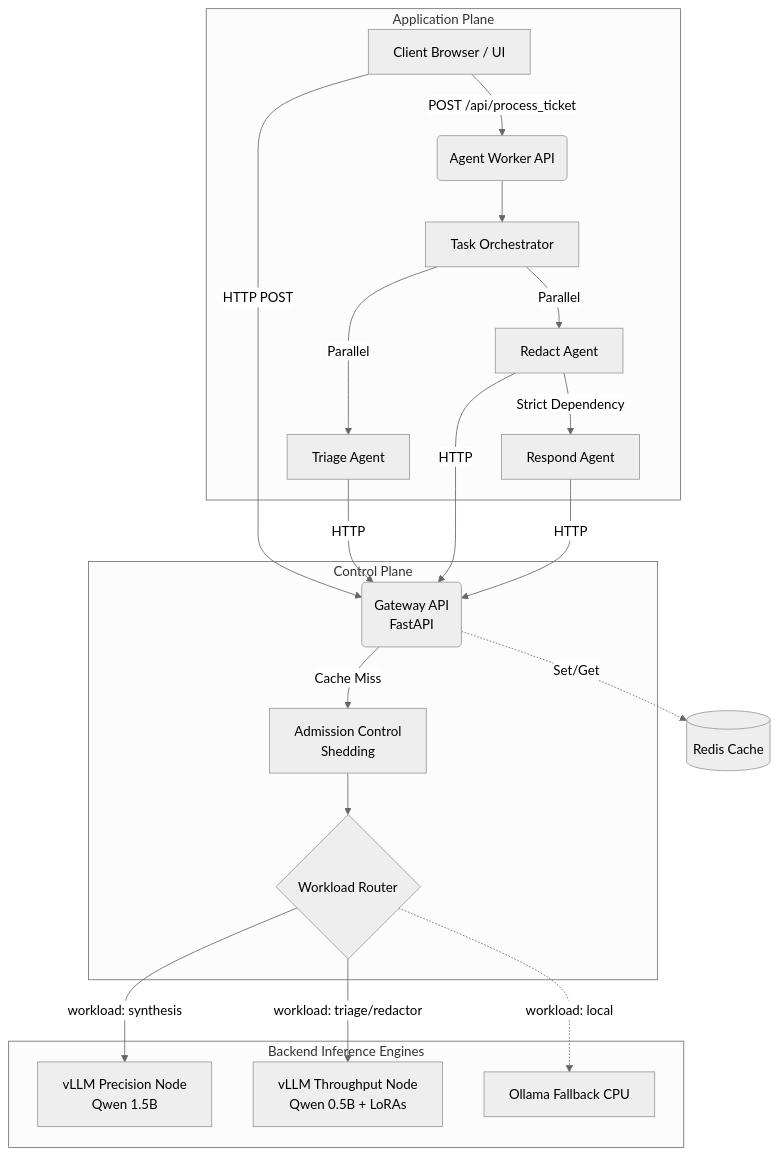
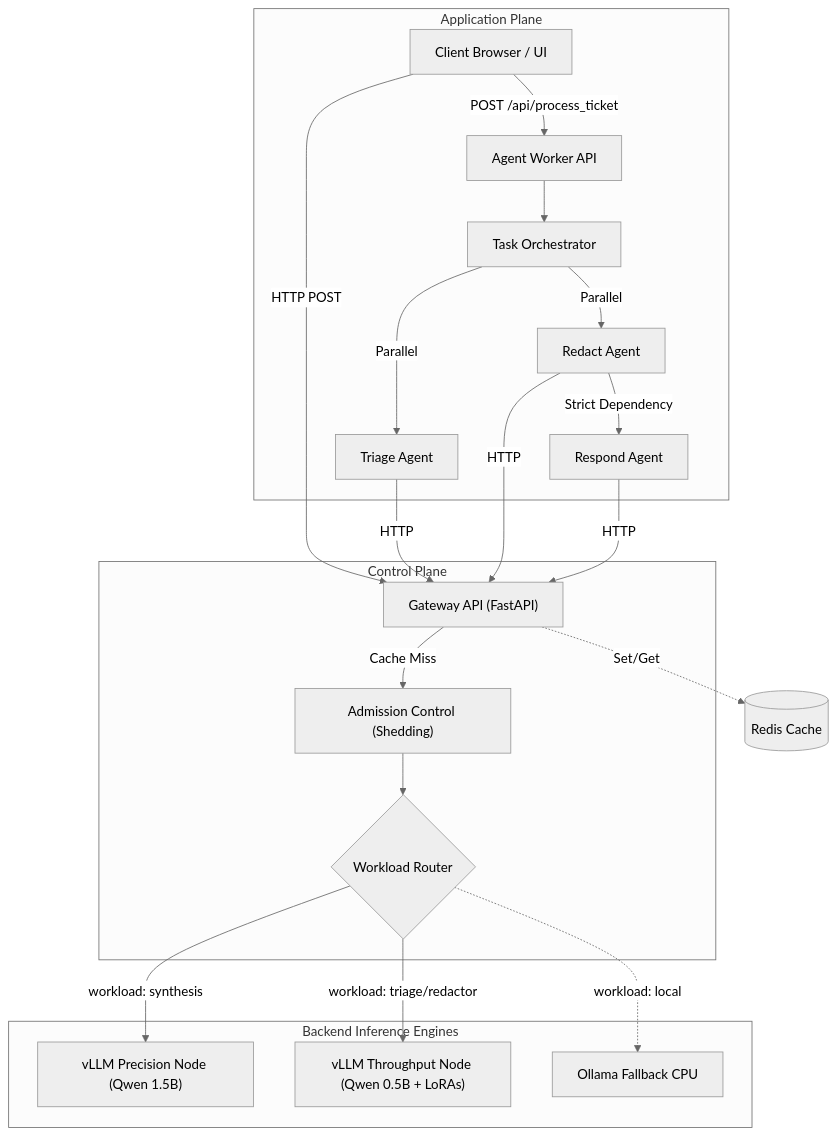
One commit to savyasachi6/llm-serving-platform changed the diagram in docs/architecture/overview.md. Above: the diagram before and after it, drawn with Mermaid (neutral theme). The commit also changed 68 other files, not shown here.

````diff
--- a/docs/architecture/overview.md
+++ b/docs/architecture/overview.md
@@ -35,29 +35,29 @@
 ```mermaid
 graph TD
-    Client[Client Browser / UI] -->|HTTP POST| Gateway(Gateway API\nFastAPI)
+    Client["Client Browser / UI"] -->|HTTP POST| Gateway["Gateway API (FastAPI)"]
     
-    subgraph Control Plane
-        Gateway -->|Cache Miss| Admission[Admission Control\nShedding]
-        Admission --> Router{Workload Router}
+    subgraph ControlPlane ["Control Plane"]
+        Gateway -->|Cache Miss| Admission["Admission Control (Shedding)"]
+        Admission --> Router{"Workload Router"}
     end
     
-    subgraph Backend Inference Engines
-        Router -->|workload: synthesis| vLLM_Prec[vLLM Precision Node\nQwen 1.5B]
-        Router -->|workload: triage/redactor| vLLM_Thru[vLLM Throughput Node\nQwen 0.5B + LoRAs]
-        Router -.->|workload: local| Ollama[Ollama Fallback CPU]
+    subgraph BackendInference ["Backend Inference Engines"]
+        Router -->|workload: synthesis| vLLM_Prec["vLLM Precision Node (Qwen 1.5B)"]
+        Router -->|workload: triage/redactor| vLLM_Thru["vLLM Throughput Node (Qwen 0.5B + LoRAs)"]
+        Router -.->|workload: local| Ollama["Ollama Fallback CPU"]
     end
     
-    subgraph Application Plane
-        Client -->|POST /api/process_ticket| AgentWorker(Agent Worker API)
-        AgentWorker --> Orchestrator[Task Orchestrator]
-        Orchestrator -->|Parallel| TriageAgent[Triage Agent]
-        Orchestrator -->|Parallel| RedactAgent[Redact Agent]
-        RedactAgent -->|Strict Dependency| RespondAgent[Respond Agent]
+    subgraph ApplicationPlane ["Application Plane"]
+        Client -->|POST /api/process_ticket| AgentWorker["Agent Worker API"]
+        AgentWorker --> Orchestrator["Task Orchestrator"]
+        Orchestrator -->|Parallel| TriageAgent["Triage Agent"]
+        Orchestrator -->|Parallel| RedactAgent["Redact Agent"]
+        RedactAgent -->|Strict Dependency| RespondAgent["Respond Agent"]
         
         TriageAgent -->|HTTP| Gateway
         RedactAgent -->|HTTP| Gateway
         RespondAgent -->|HTTP| Gateway
     end
     
-    Gateway -.->|Set/Get| Redis[(Redis Cache)]
+    Gateway -.->|Set/Get| Redis[("Redis Cache")]
 ```
````
